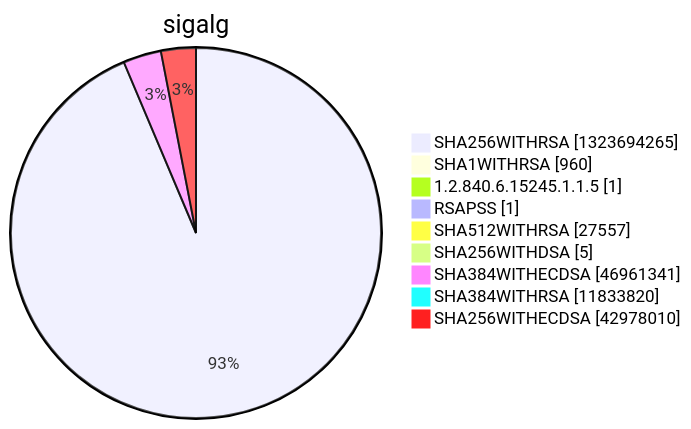
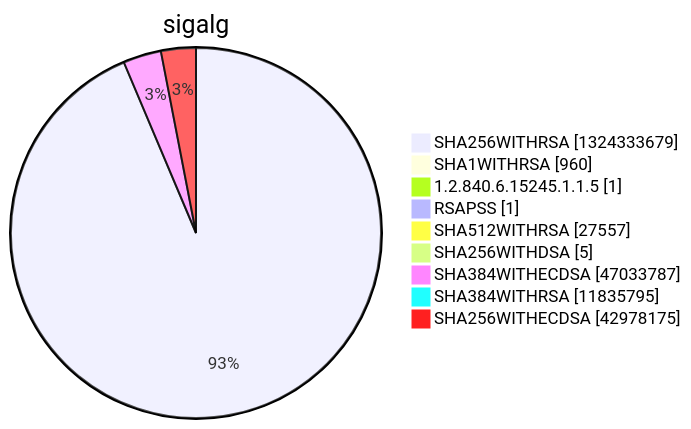
One commit to christiankrug/ctmonitor_visualization changed diagram 15 of 15 in argon2022/README.md. Above: the diagram before and after it, drawn with Mermaid. The commit also changed other lines of this file, not shown here.

````diff
--- a/argon2022/README.md
+++ b/argon2022/README.md
@@ -5524,13 +5524,13 @@
 ```mermaid
 pie showData
 title sigalg
-"SHA256WITHRSA" :1323694265
+"SHA256WITHRSA" :1324333679
 "SHA1WITHRSA" :960
 "1.2.840.6.15245.1.1.5" :1
 "RSAPSS" :1
 "SHA512WITHRSA" :27557
 "SHA256WITHDSA" :5
-"SHA384WITHECDSA" :46961341
-"SHA384WITHRSA" :11833820
-"SHA256WITHECDSA" :42978010
+"SHA384WITHECDSA" :47033787
+"SHA384WITHRSA" :11835795
+"SHA256WITHECDSA" :42978175
 ```
````
